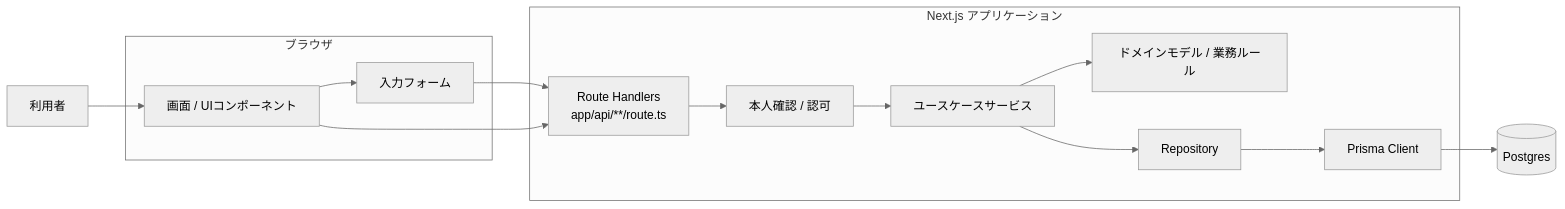
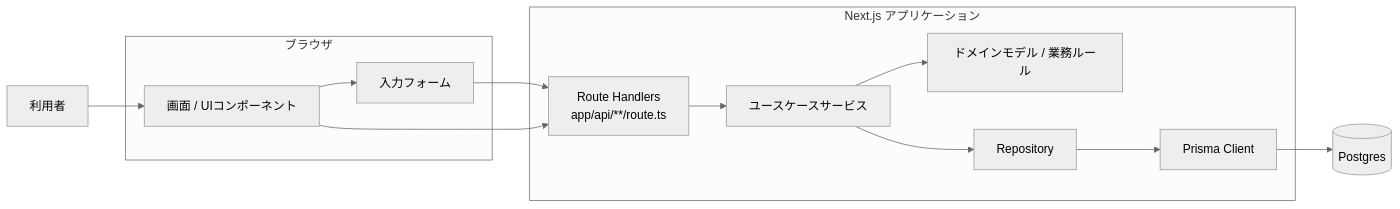
The diagram in docs/architecture-design/README.md (97kuek/HRS), drawn with Mermaid (neutral theme) before and after one commit. The commit also changed other lines of this file and 7 other files, not shown here.

````diff
--- a/docs/architecture-design/README.md
+++ b/docs/architecture-design/README.md
@@ -32,31 +41,29 @@
 ```mermaid
 flowchart LR
     user[利用者]
 
     subgraph browser[ブラウザ]
         pages[画面 / UIコンポーネント]
         forms[入力フォーム]
     end
 
     subgraph next[Next.js アプリケーション]
         routes["Route Handlers<br/>app/api/**/route.ts"]
-        auth["本人確認 / 認可"]
         services["ユースケースサービス"]
         domain["ドメインモデル / 業務ルール"]
         repos[Repository]
         prisma[Prisma Client]
     end
 
     db[(Postgres)]
 
     user --> pages
     pages --> forms
     forms --> routes
     pages --> routes
-    routes --> auth
-    auth --> services
+    routes --> services
     services --> domain
     services --> repos
     repos --> prisma
     prisma --> db
 ```
````
